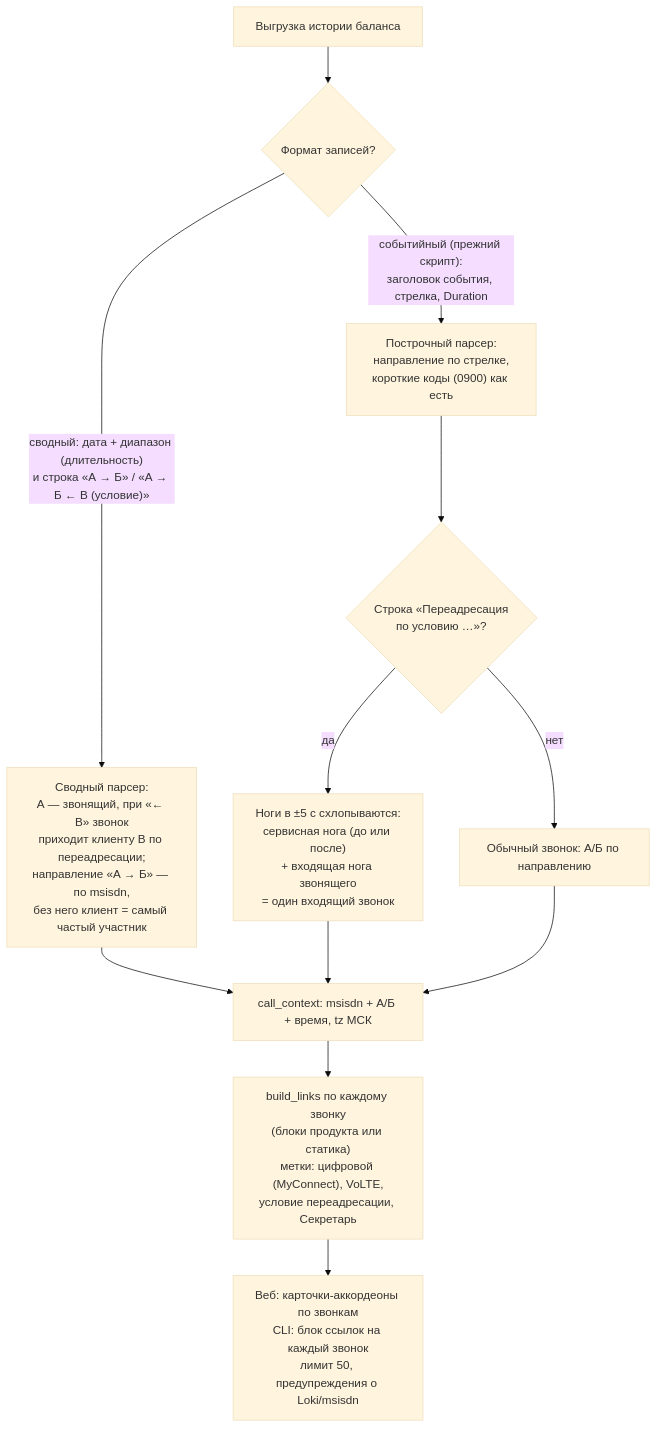
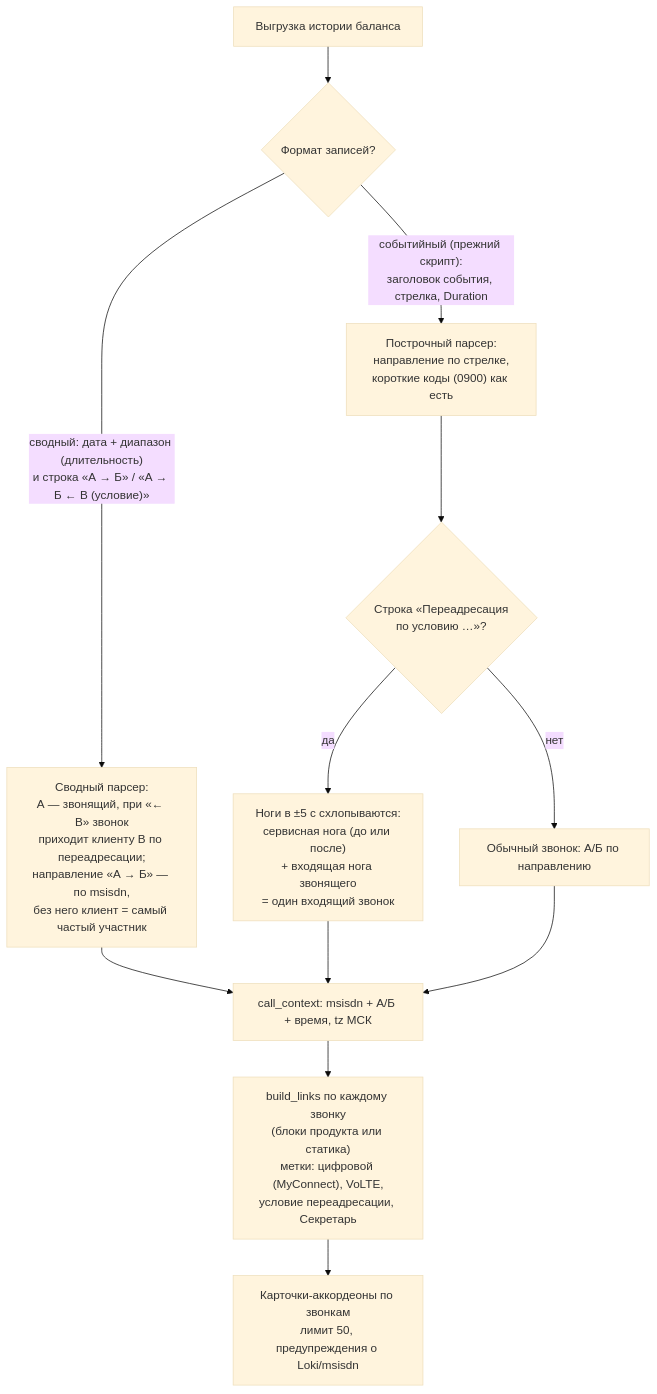
One commit to shifter1710/l2tool changed the eighth of 12 diagrams in docs/ARCHITECTURE.md. Above: the diagram before and after it, drawn with Mermaid (base theme). The commit also changed other lines of this file and 27 other files, not shown here.

````diff
--- a/docs/ARCHITECTURE.md
+++ b/docs/ARCHITECTURE.md
@@ -355,14 +347,14 @@
 ```mermaid
 flowchart TB
     input["Выгрузка истории баланса"] --> which{"Формат записей?"}
     which -->|"сводный: дата + диапазон (длительность)<br/>и строка «А → Б» / «А → Б ← В (условие)»"| range["Сводный парсер:<br/>А — звонящий, при «← В» звонок<br/>приходит клиенту В по переадресации;<br/>направление «А → Б» — по msisdn,<br/>без него клиент = самый частый участник"]
     which -->|"событийный (прежний скрипт):<br/>заголовок события, стрелка, Duration"| parse["Построчный парсер:<br/>направление по стрелке,<br/>короткие коды (0900) как есть"]
     parse --> fwd{"Строка «Переадресация<br/>по условию …»?"}
     fwd -->|"да"| merge["Ноги в ±5 с схлопываются:<br/>сервисная нога (до или после)<br/>+ входящая нога звонящего<br/>= один входящий звонок"]
     fwd -->|нет| single["Обычный звонок: А/Б по направлению"]
     range --> ctx["call_context: msisdn + А/Б + время, tz МСК"]
     merge --> ctx
     single --> ctx
     ctx --> links["build_links по каждому звонку<br/>(блоки продукта или статика)<br/>метки: цифровой (MyConnect), VoLTE,<br/>условие переадресации, Секретарь"]
-    links --> out["Веб: карточки-аккордеоны по звонкам<br/>CLI: блок ссылок на каждый звонок<br/>лимит 50, предупреждения о Loki/msisdn"]
+    links --> out["Карточки-аккордеоны по звонкам<br/>лимит 50, предупреждения о Loki/msisdn"]
 ```
````
